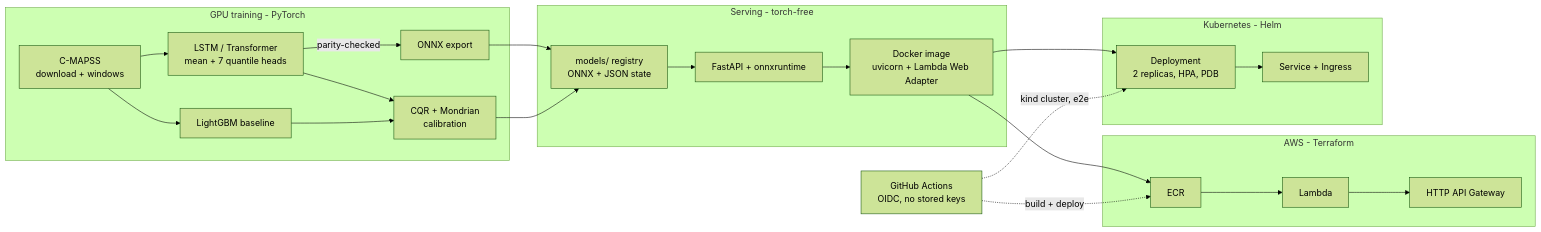
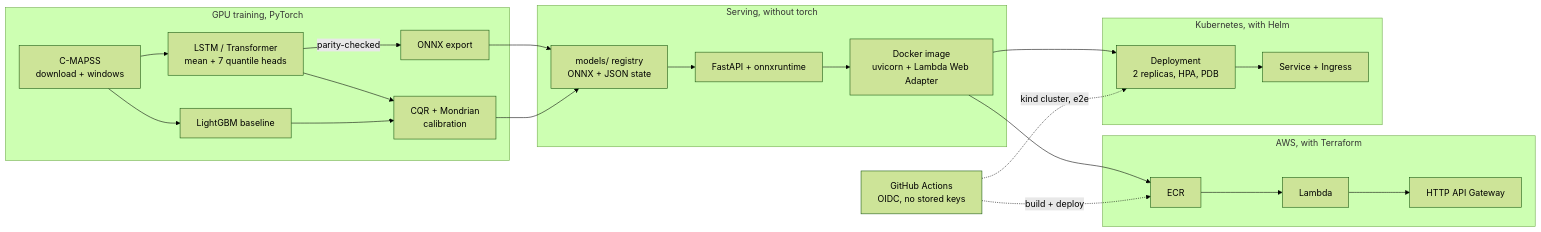
One commit to mateus-aleixo/turbofan-rul changed the diagram in README.md. Above: the diagram before and after it, drawn with Mermaid (forest theme). The commit also changed other lines of this file, not shown here.

````diff
--- a/README.md
+++ b/README.md
@@ -113,24 +114,24 @@
 ```mermaid
 flowchart LR
-    subgraph training [GPU training - PyTorch]
+    subgraph training [GPU training, PyTorch]
         D[C-MAPSS<br/>download + windows] --> M[LSTM / Transformer<br/>mean + 7 quantile heads]
         D --> G[LightGBM baseline]
         M --> C[CQR + Mondrian<br/>calibration]
         G --> C
         M -- parity-checked --> O[ONNX export]
     end
-    subgraph serving [Serving - torch-free]
+    subgraph serving [Serving, without torch]
         O --> R[models/ registry<br/>ONNX + JSON state]
         C --> R
         R --> A[FastAPI + onnxruntime]
         A --> L[Docker image<br/>uvicorn + Lambda Web Adapter]
     end
-    subgraph cloud [AWS - Terraform]
+    subgraph cloud [AWS, with Terraform]
         L --> ECR[ECR] --> LAM[Lambda] --> GW[HTTP API Gateway]
     end
-    subgraph k8s [Kubernetes - Helm]
+    subgraph k8s [Kubernetes, with Helm]
         L --> DEP[Deployment<br/>2 replicas, HPA, PDB] --> SVC[Service + Ingress]
     end
     GH[GitHub Actions<br/>OIDC, no stored keys] -. build + deploy .-> ECR
     GH -. kind cluster, e2e .-> DEP
 ```
````
